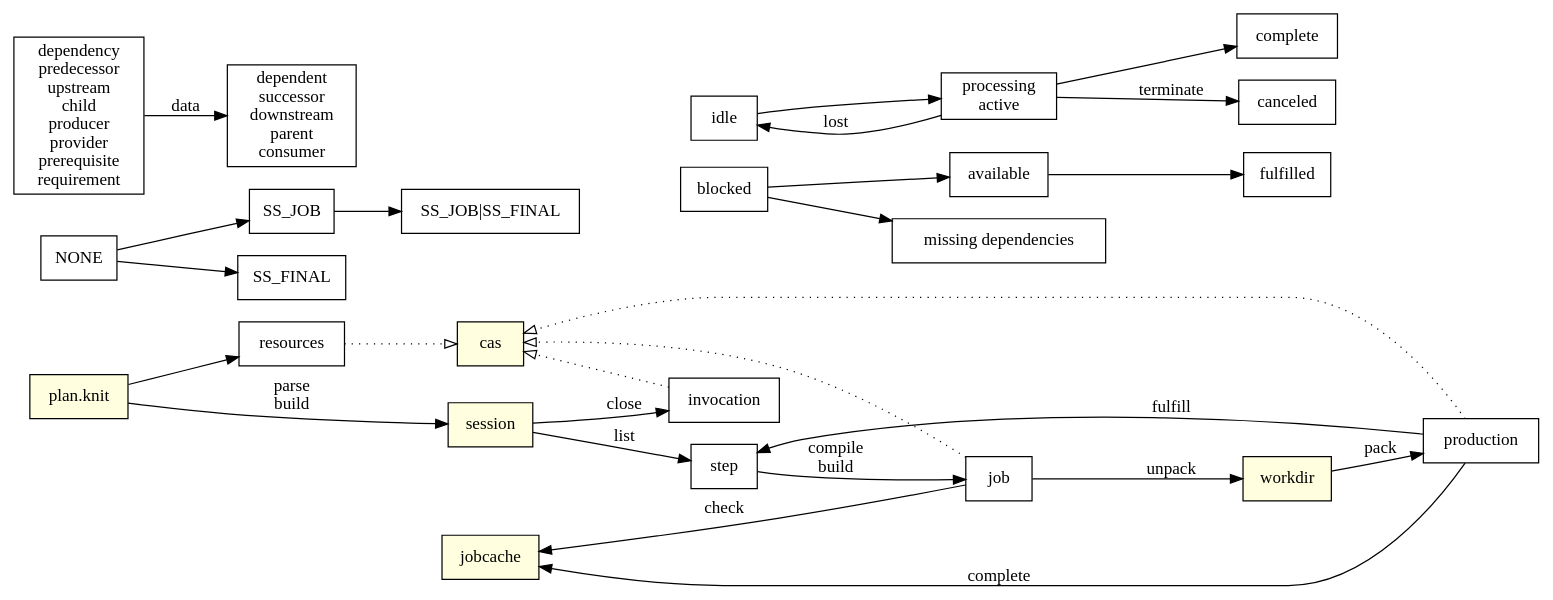
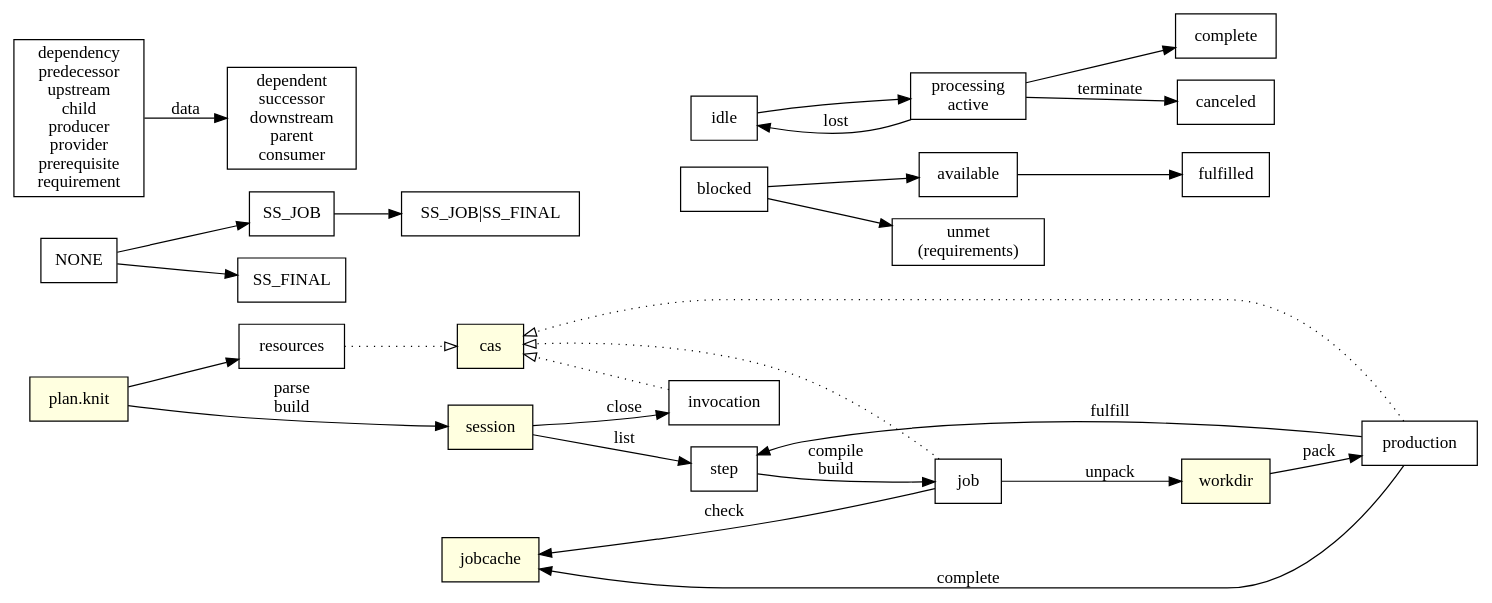
Before and after one commit to jmou/knit: the diagram in diagram.dot, drawn with Graphviz. The commit also changed 10 other files, not shown here.

```diff
--- a/diagram.dot
+++ b/diagram.dot
@@ -1,69 +1,69 @@
 digraph {
     rankdir=LR;
     node [shape=box];
 
     {
         node [style=filled,fillcolor=lightyellow];
 
         // session canonicalization to detect duplicate flows?
         "plan.knit";
         {
             rank=same;
             // .knit/sessions/xxxx
             session;
             // .knit/cas/xx/yyyy
             cas;
             // .knit/jobcache/xx/yyyy
             // TODO this seems more appropriate on the workdir
             // .knit/jobcache/xx/yyyy.pending
             jobcache;
         }
         // .knit/workdirs/xx/yyyy
         workdir;
     }
 
     "plan.knit" -> session [label="parse\nbuild"];
     "plan.knit" -> resources;
     step -> job [label="compile\nbuild"];
     job -> jobcache [label=check];
     production -> step [label=fulfill];
     session -> step [label=list];
     session -> invocation [label=close];
 
     // dispatch
     job -> workdir [label=unpack];
     workdir -> production [label=pack];
     production -> jobcache [label=complete];
 
     {
         edge [style=dotted,arrowhead=empty];
         resources -> cas;
         job -> cas;
         production -> cas;
         invocation -> cas;
     }
 
     // step states
     blocked;
     available;
     blocked -> available;
     available -> fulfilled;
-    blocked -> "missing dependencies";
+    blocked -> "unmet\n(requirements)";
 
     // step flags
     NONE -> SS_JOB -> "SS_JOB|SS_FINAL";
     NONE -> SS_FINAL;
 
     // job states
     processing [label="processing\nactive"];
     idle -> processing -> complete;
     processing -> canceled [label=terminate];
     processing -> idle [label=lost];
 
     // dependencies
     dependency [label="dependency\npredecessor\nupstream\nchild\nproducer\nprovider\nprerequisite\nrequirement"];
     dependent [label="dependent\nsuccessor\ndownstream\nparent\nconsumer"];
     dependency -> dependent [label=data];
 
     { rank=same; idle; blocked; step; }
 }
```
